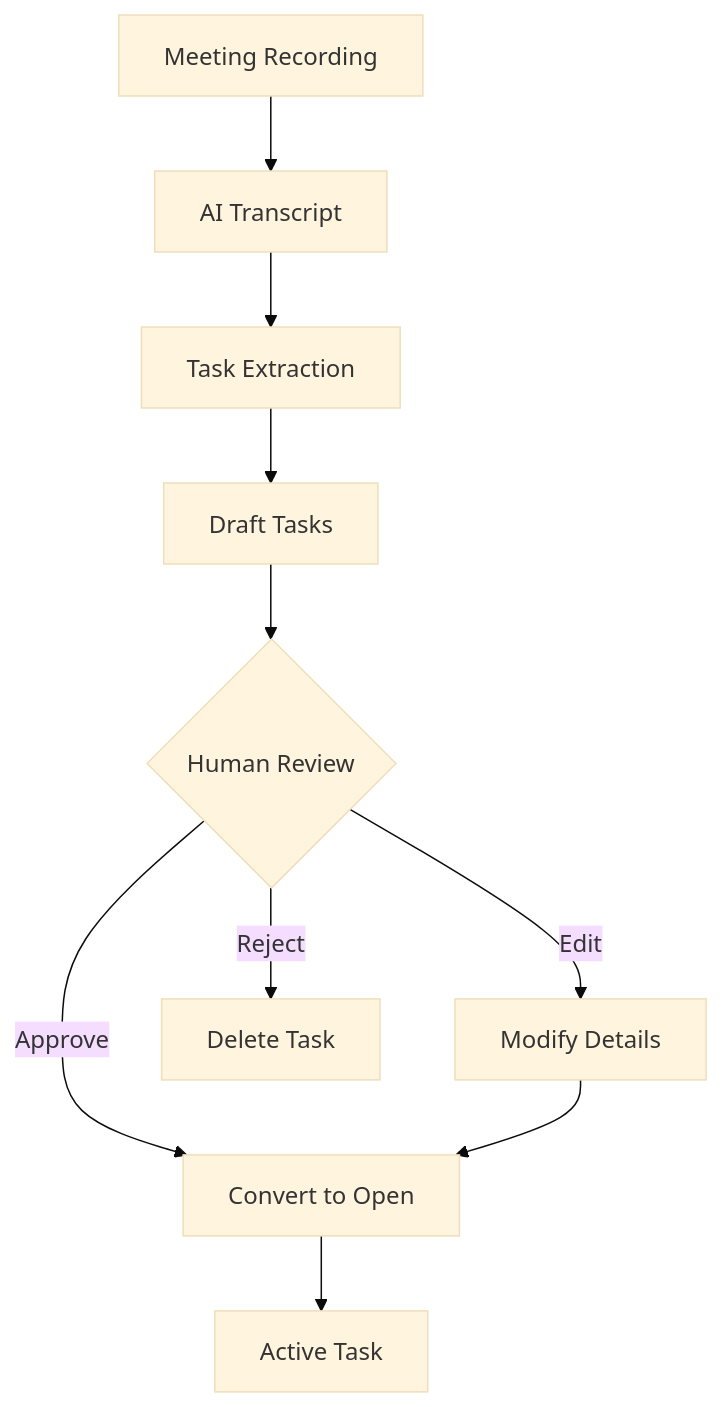
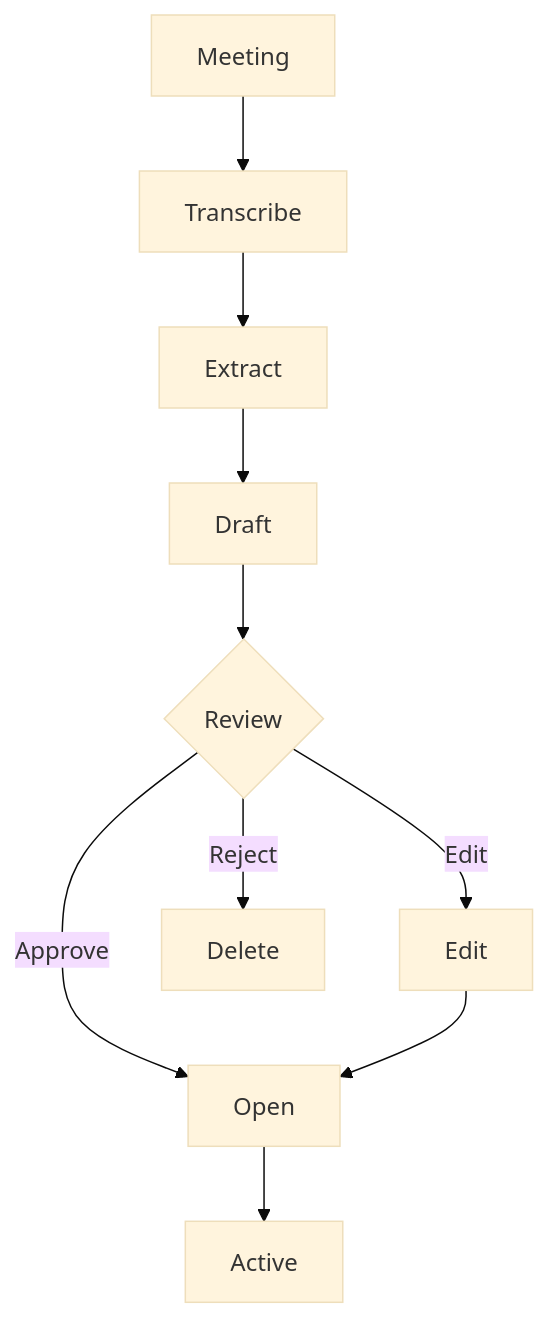
Before and after one commit to tallyfy/documentation: the diagram in src/content/docs/pro/integrations/extract-tasks-from-meetings.mdx, drawn with Mermaid (base theme). The commit also changed 2 other files, not shown here.

Commit message:
Trying annotations

````diff
--- a/src/content/docs/pro/integrations/extract-tasks-from-meetings.mdx
+++ b/src/content/docs/pro/integrations/extract-tasks-from-meetings.mdx
@@ -79,17 +79,17 @@
 ```mermaid
 flowchart TD
-    Start["Meeting Recording"] --> Transcribe["AI Transcript"]
+    Start["Meeting"] --> Transcribe["Transcribe"]
     
-    Transcribe --> Extract["Task Extraction"]
+    Transcribe --> Extract["Extract"]
     
-    Extract --> Draft["Draft Tasks"]
+    Extract --> Draft["Draft"]
     
-    Draft --> Review{"Human Review"}
+    Draft --> Review{"Review"}
     
-    Review -->|Approve| Convert["Convert to Open"]
-    Review -->|Edit| Edit["Modify Details"]
-    Review -->|Reject| Delete["Delete Task"]
+    Review -->|Approve| Convert["Open"]
+    Review -->|Edit| Edit["Edit"]
+    Review -->|Reject| Delete["Delete"]
     
     Edit --> Convert
-    Convert --> Track["Active Task"]
+    Convert --> Track["Active"]
 ```
````
